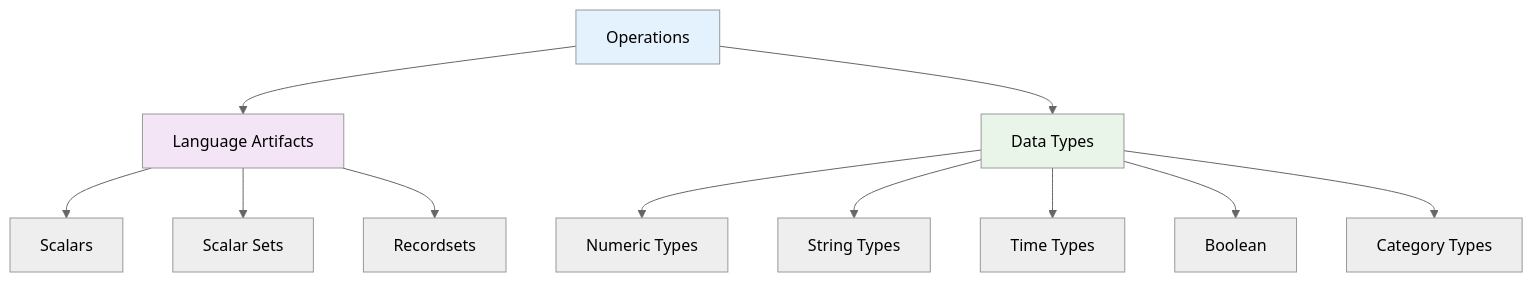
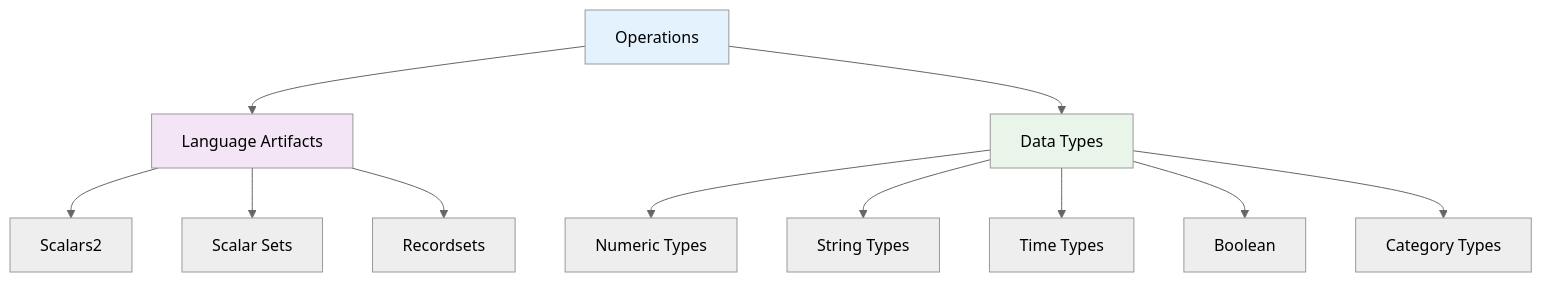
The diagram in dpm-docs/docs/information-model/index.md (antonio-olleros/dpm-docs), drawn with Mermaid (neutral theme) before and after one commit. The commit also changed other lines of this file, not shown here.

````diff
--- a/dpm-docs/docs/information-model/index.md
+++ b/dpm-docs/docs/information-model/index.md
@@ -9,18 +9,18 @@
 ```mermaid
 graph TB
     OP[Operations] --> ART[Language Artifacts]
-    ART --> SC[Scalars]
+    ART --> SC[Scalars2]
     ART --> SS[Scalar Sets]  
     ART --> RS[Recordsets]
     
     OP --> DT[Data Types]
     DT --> NUM[Numeric Types]
     DT --> STR[String Types]
     DT --> TIME[Time Types]
     DT --> BOOL[Boolean]
     DT --> CAT[Category Types]
     
     style OP fill:#e3f2fd
     style ART fill:#f3e5f5
     style DT fill:#e8f5e8
 ```
````
